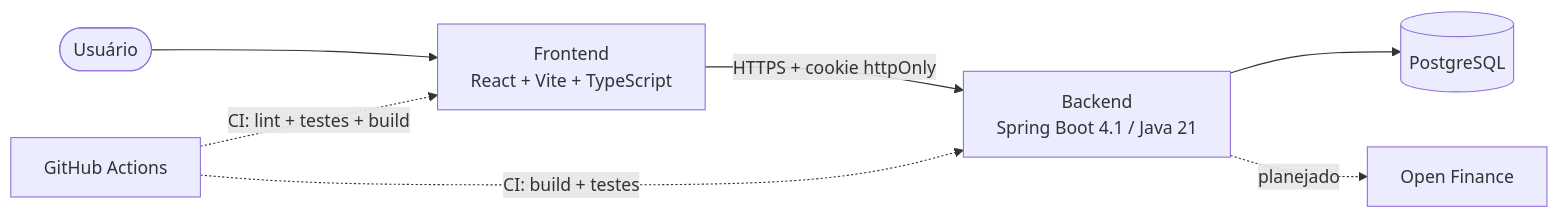
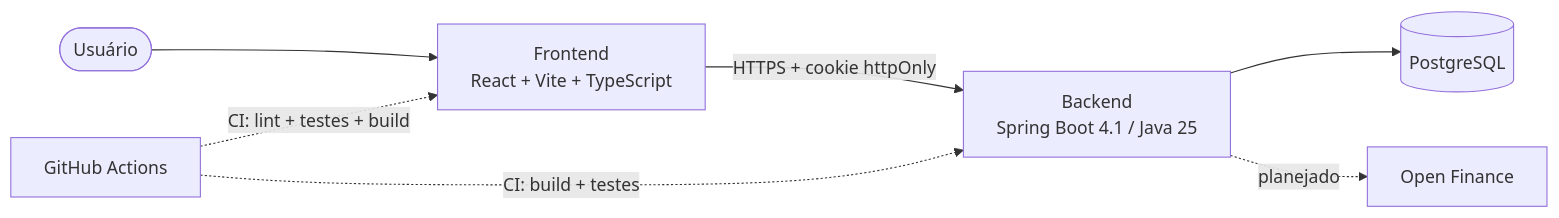
Before and after one commit to nomevini/opengrana: the diagram in docs/architecture/overview.md, drawn with Mermaid. The commit also changed other lines of this file and 4 other files, not shown here.

````diff
--- a/docs/architecture/overview.md
+++ b/docs/architecture/overview.md
@@ -5,9 +5,9 @@
 ```mermaid
 flowchart LR
     User([Usuário]) --> SPA["Frontend<br/>React + Vite + TypeScript"]
-    SPA -- "HTTPS + cookie httpOnly" --> API["Backend<br/>Spring Boot 4.1 / Java 21"]
+    SPA -- "HTTPS + cookie httpOnly" --> API["Backend<br/>Spring Boot 4.1 / Java 25"]
     API --> DB[(PostgreSQL)]
     API -. "planejado" .-> OF["Open Finance"]
     GH["GitHub Actions"] -. "CI: build + testes" .-> API
     GH -. "CI: lint + testes + build" .-> SPA
 ```
````
